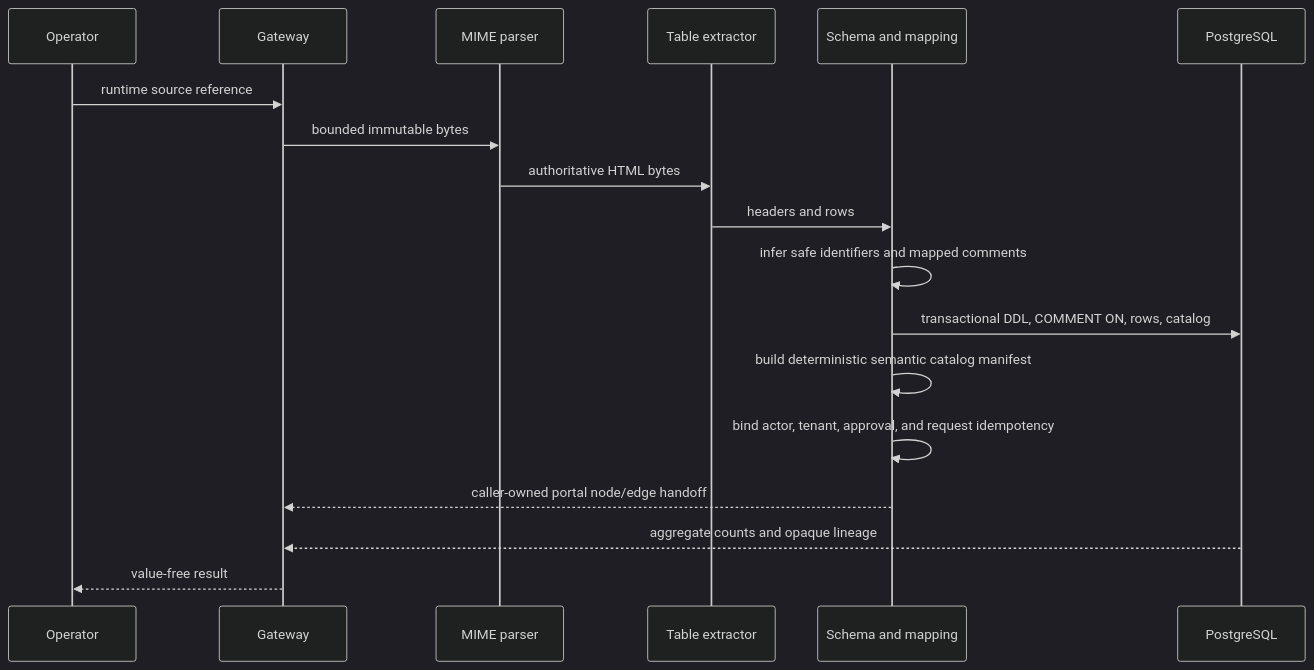
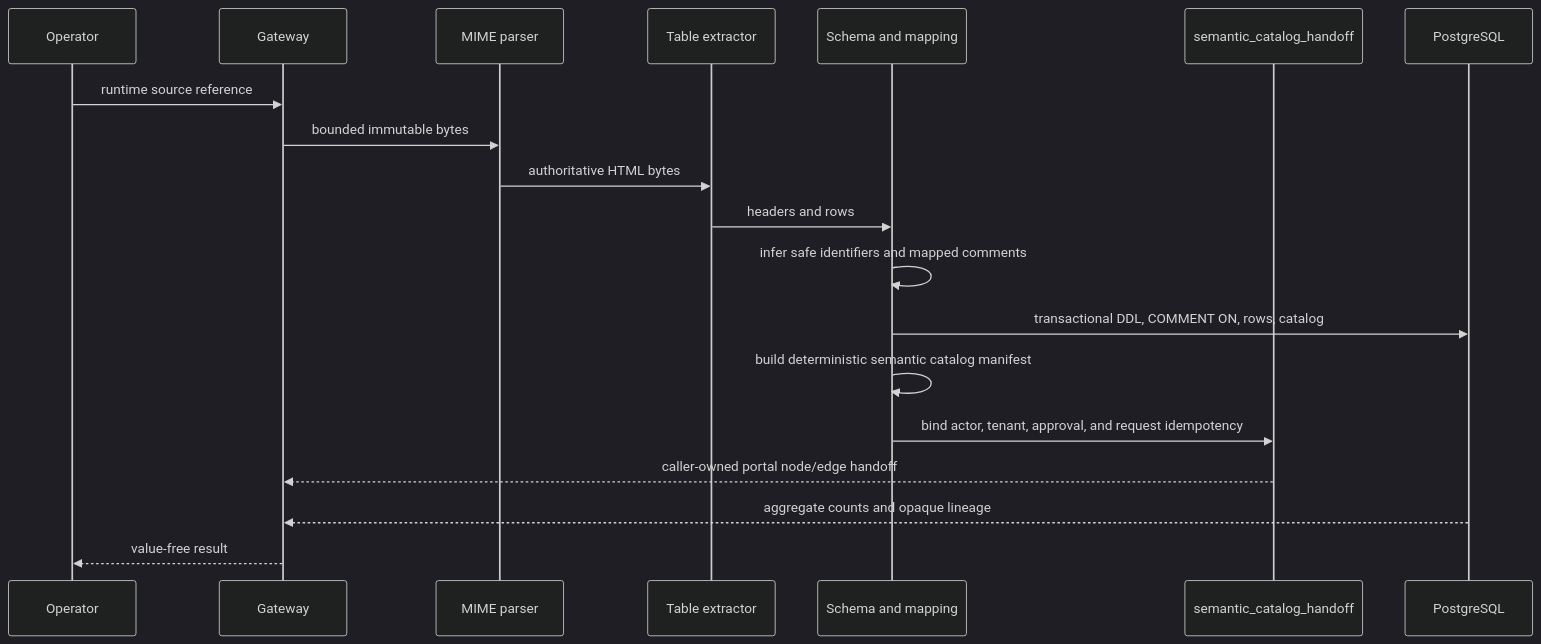
One commit to ContextualWisdomLab/mhtml-etl-gateway changed the second of 3 diagrams in docs/ARCHITECTURE.md. Above: the diagram before and after it, drawn with Mermaid (dark theme). The commit also changed other lines of this file and 12 other files, not shown here.

Commit message:
fix: tighten governed catalog handoff review contract

````diff
--- a/docs/ARCHITECTURE.md
+++ b/docs/ARCHITECTURE.md
@@ -49,20 +48,21 @@
 ```mermaid
 sequenceDiagram
     participant U as Operator
     participant G as Gateway
     participant M as MIME parser
     participant T as Table extractor
     participant S as Schema and mapping
+    participant SH as semantic_catalog_handoff
     participant P as PostgreSQL
     U->>G: runtime source reference
     G->>M: bounded immutable bytes
     M->>T: authoritative HTML bytes
     T->>S: headers and rows
     S->>S: infer safe identifiers and mapped comments
     S->>P: transactional DDL, COMMENT ON, rows, catalog
     S->>S: build deterministic semantic catalog manifest
-    S->>S: bind actor, tenant, approval, and request idempotency
-    S-->>G: caller-owned portal node/edge handoff
+    S->>SH: bind actor, tenant, approval, and request idempotency
+    SH-->>G: caller-owned portal node/edge handoff
     P-->>G: aggregate counts and opaque lineage
     G-->>U: value-free result
 ```
````
